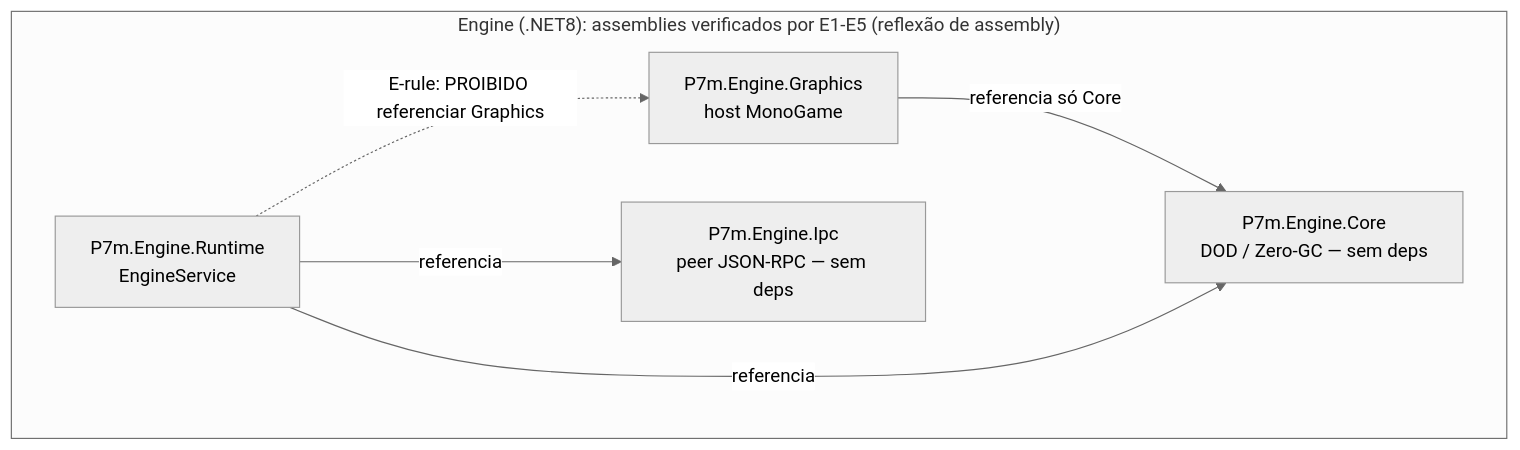
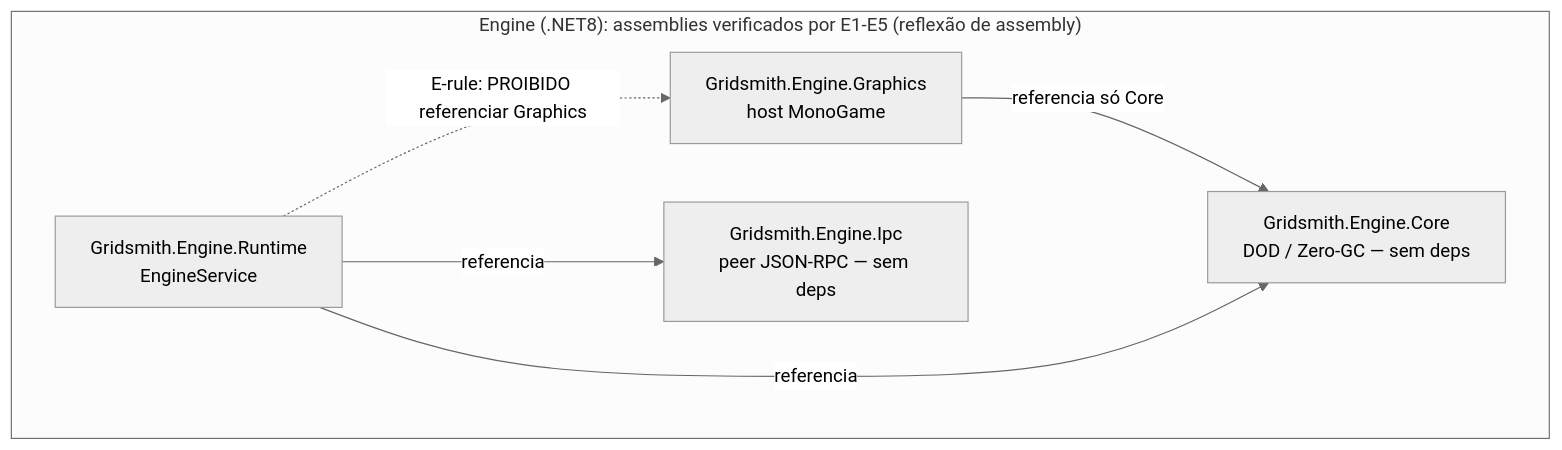
The first of 3 diagrams in engine/README.md (flaviotinococoutinho/Gridsmith), drawn with Mermaid (neutral theme) before and after one commit. The commit also changed other lines of this file and 220 other files, not shown here.

````diff
--- a/engine/README.md
+++ b/engine/README.md
@@ -22,13 +22,13 @@
 ```mermaid
 graph TD
   subgraph EN["Engine (.NET8): assemblies verificados por E1-E5 (reflexão de assembly)"]
-    Core["P7m.Engine.Core<br/>DOD / Zero-GC — sem deps"]
-    Ipc["P7m.Engine.Ipc<br/>peer JSON-RPC — sem deps"]
-    Graphics["P7m.Engine.Graphics<br/>host MonoGame"]
-    Runtime["P7m.Engine.Runtime<br/>EngineService"]
+    Core["Gridsmith.Engine.Core<br/>DOD / Zero-GC — sem deps"]
+    Ipc["Gridsmith.Engine.Ipc<br/>peer JSON-RPC — sem deps"]
+    Graphics["Gridsmith.Engine.Graphics<br/>host MonoGame"]
+    Runtime["Gridsmith.Engine.Runtime<br/>EngineService"]
     Graphics -->|"referencia só Core"| Core
     Runtime -->|"referencia"| Core
     Runtime -->|"referencia"| Ipc
     Runtime -. "E-rule: PROIBIDO referenciar Graphics" .-> Graphics
   end
 ```
````
